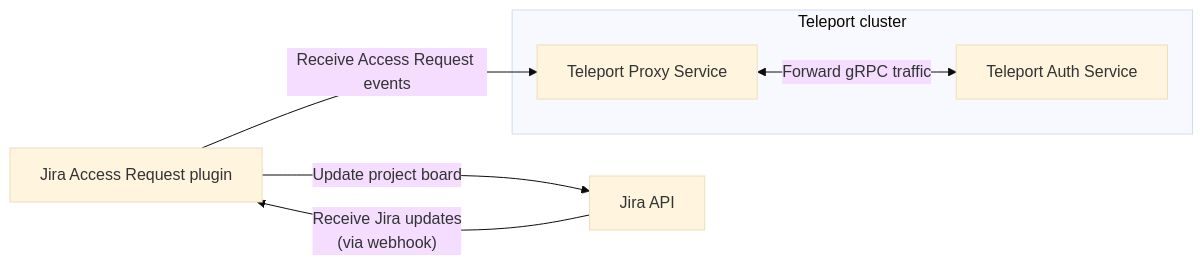
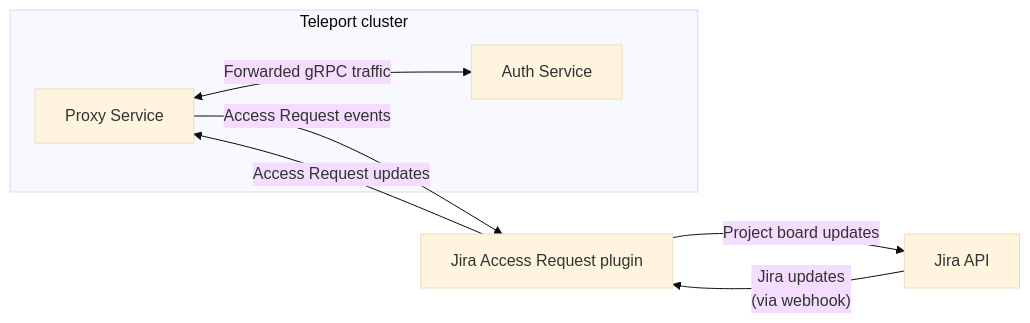
Before and after one commit to wfetut/wdqfefe: the diagram in docs/pages/access-controls/access-request-plugins/ssh-approval-jira.mdx, drawn with Mermaid (base theme). The commit also changed other lines of this file, not shown here.

Commit message:
Tweaks to intro text and diagram

````diff
--- a/docs/pages/access-controls/access-request-plugins/ssh-approval-jira.mdx
+++ b/docs/pages/access-controls/access-request-plugins/ssh-approval-jira.mdx
@@ -17,13 +16,14 @@
 ```mermaid
 flowchart LR
 subgraph teleport[Teleport cluster]
-  proxy[Teleport Proxy Service]
-  auth[Teleport Auth Service]
+  proxy[Proxy Service]
+  auth[Auth Service]
 end
 
 plugin[Jira Access Request plugin]
-jira[Jira API]-- "Receive Jira updates\n(via webhook)"-->plugin
-plugin--Receive Access Request events-->proxy
-plugin--Update project board-->jira
-proxy<--Forward gRPC traffic-->auth
+jira[Jira API]-- "Jira updates\n(via webhook)"-->plugin
+proxy--Access Request events-->plugin
+plugin--Access Request updates-->proxy
+plugin--Project board updates-->jira
+proxy<--Forwarded gRPC traffic-->auth
 ```
````
